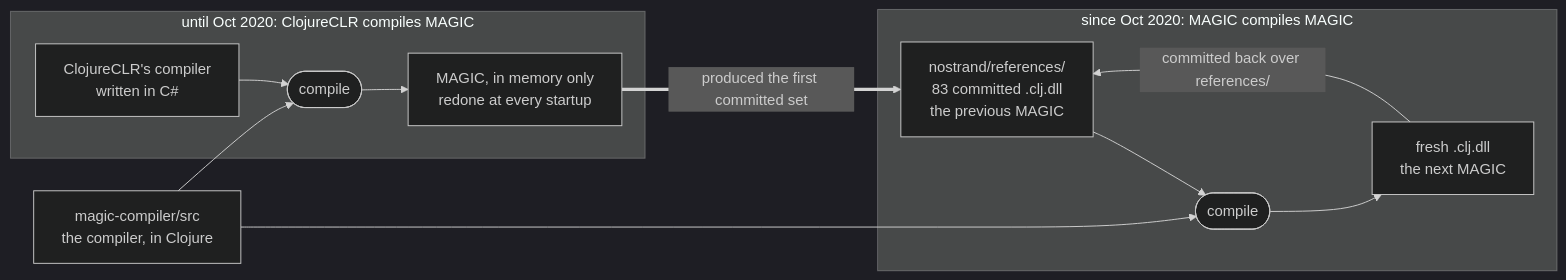
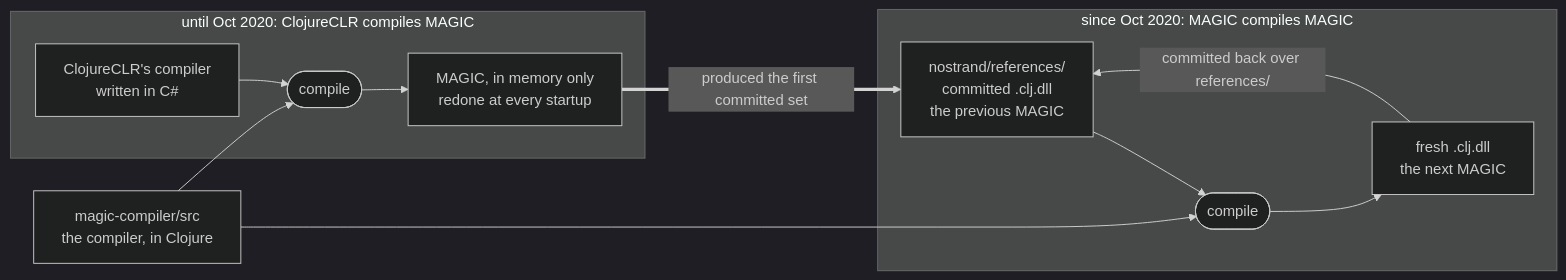
Before and after one commit to flybot-sg/magic: the first of 6 diagrams in docs/bootstrap.md, drawn with Mermaid (dark theme). The commit also changed other lines of this file and 3 other files, not shown here.

````diff
--- a/docs/bootstrap.md
+++ b/docs/bootstrap.md
@@ -16,23 +16,23 @@
 ```mermaid
 flowchart LR
     src["magic-compiler/src<br/>the compiler, in Clojure"]
 
     subgraph era1["until Oct 2020: ClojureCLR compiles MAGIC"]
         clr["ClojureCLR's compiler<br/>written in C#35;"]
         c1(["compile"])
         mem["MAGIC, in memory only<br/>redone at every startup"]
         clr --> c1 --> mem
     end
 
     subgraph era2["since Oct 2020: MAGIC compiles MAGIC"]
-        refs["nostrand/references/<br/>83 committed .clj.dll<br/>the previous MAGIC"]
+        refs["nostrand/references/<br/>committed .clj.dll<br/>the previous MAGIC"]
         c2(["compile"])
         out["fresh .clj.dll<br/>the next MAGIC"]
         refs --> c2 --> out
         out -->|"committed back over references/"| refs
     end
 
     src --> c1
     src --> c2
     mem ==>|"produced the first committed set"| refs
 ```
````
